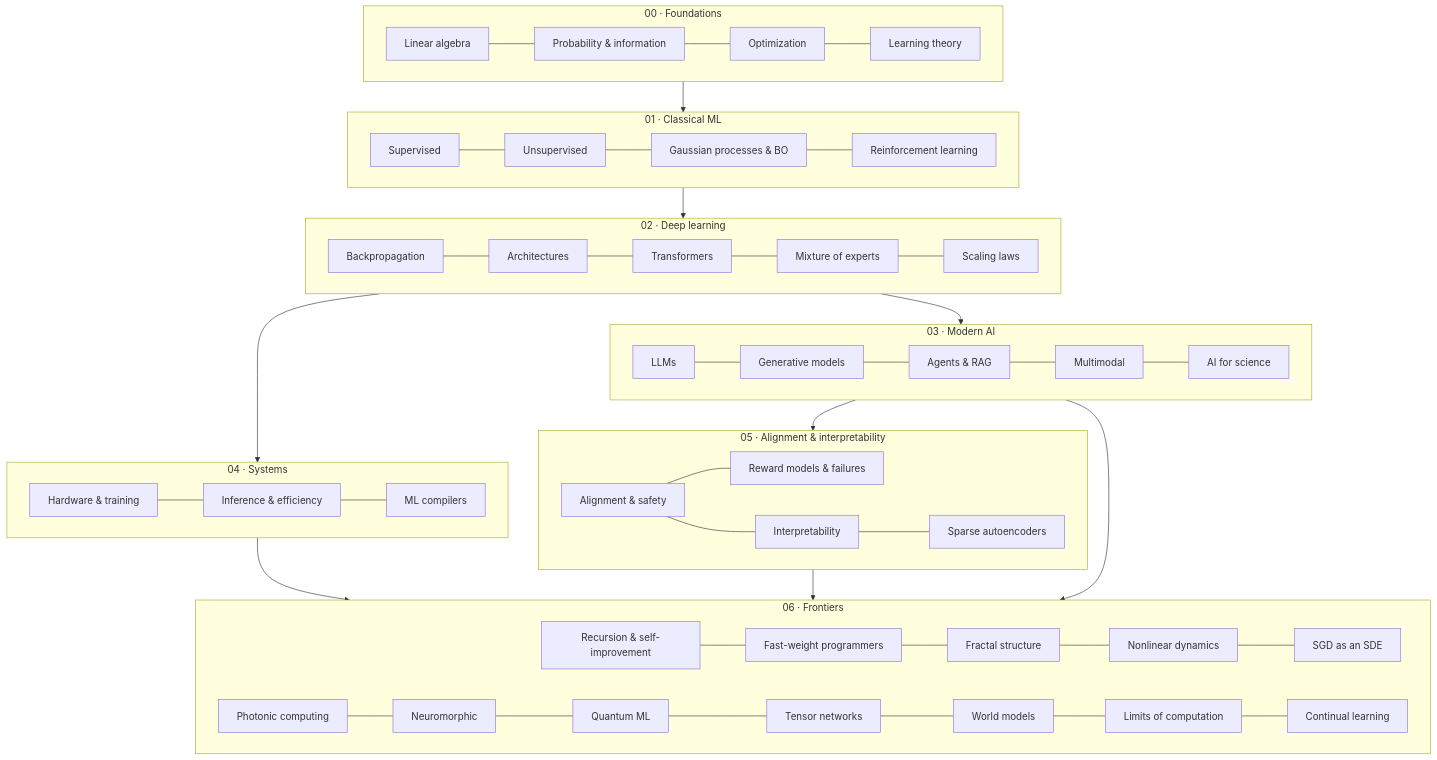
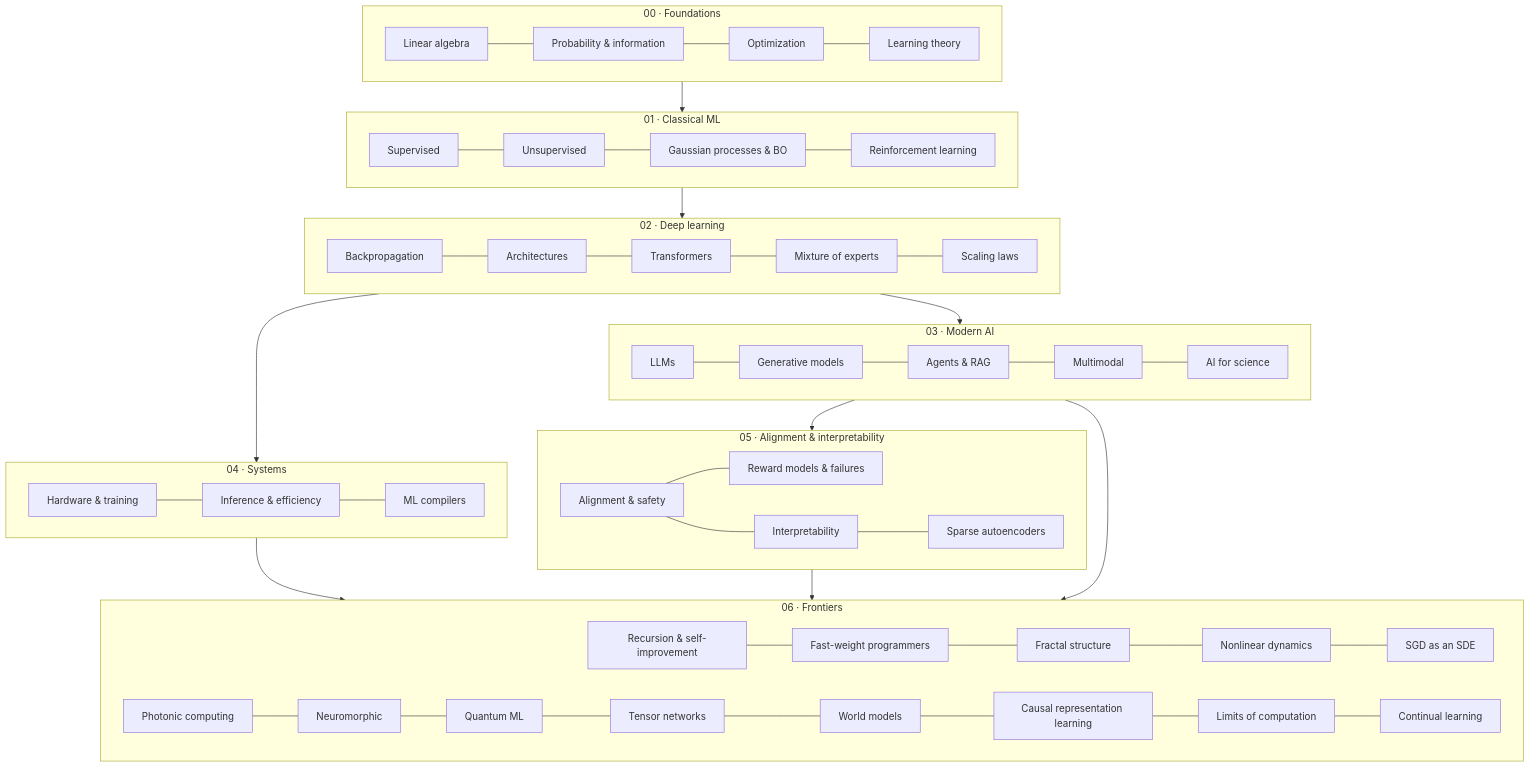
The diagram in README.md (marcpoliquin5/understanding-ai), drawn with Mermaid before and after one commit. The commit also changed other lines of this file and 6 other files, not shown here.

Commit message:
Add Causal representation learning page (Frontiers) with tested sketch and 49 new checked references

````diff
--- a/README.md
+++ b/README.md
@@ -30,32 +30,32 @@
 ```mermaid
 flowchart TB
     subgraph F[00 · Foundations]
         F1[Linear algebra] --- F2[Probability & information] --- F3[Optimization] --- F4[Learning theory]
     end
     subgraph C[01 · Classical ML]
         C1[Supervised] --- C2[Unsupervised] --- C4[Gaussian processes & BO] --- C3[Reinforcement learning]
     end
     subgraph D[02 · Deep learning]
         D1[Backpropagation] --- D2[Architectures] --- D3[Transformers] --- D5[Mixture of experts] --- D4[Scaling laws]
     end
     subgraph M[03 · Modern AI]
         M1[LLMs] --- M2[Generative models] --- M3[Agents & RAG] --- M4[Multimodal] --- M5[AI for science]
     end
     subgraph S[04 · Systems]
         S1[Hardware & training] --- S2[Inference & efficiency] --- S3[ML compilers]
     end
     subgraph A[05 · Alignment & interpretability]
         A1[Alignment & safety] --- A3[Reward models & failures]
         A1 --- A2[Interpretability] --- A4[Sparse autoencoders]
     end
     subgraph X[06 · Frontiers]
         X1[Recursion & self-improvement] --- X1b[Fast-weight programmers] --- X2[Fractal structure] --- X3[Nonlinear dynamics] --- X3b[SGD as an SDE]
-        X4[Photonic computing] --- X5[Neuromorphic] --- X6[Quantum ML] --- X6b[Tensor networks] --- X7[World models] --- X8[Limits of computation] --- X9[Continual learning]
+        X4[Photonic computing] --- X5[Neuromorphic] --- X6[Quantum ML] --- X6b[Tensor networks] --- X7[World models] --- X7b[Causal representation learning] --- X8[Limits of computation] --- X9[Continual learning]
     end
     F --> C --> D --> M
     D --> S
     M --> A
     S --> X
     A --> X
     M --> X
 ```
````
